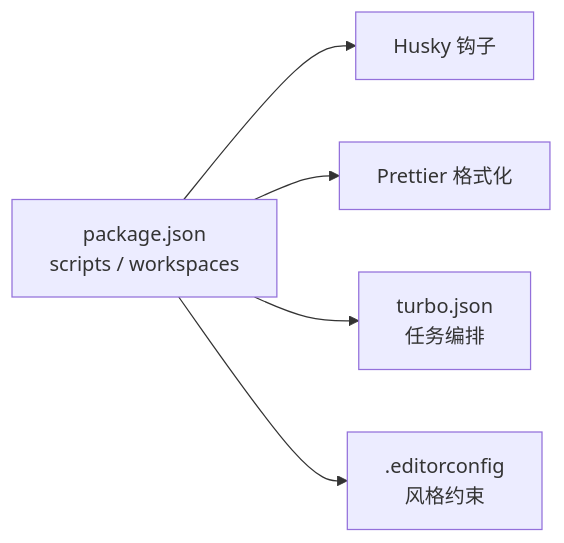
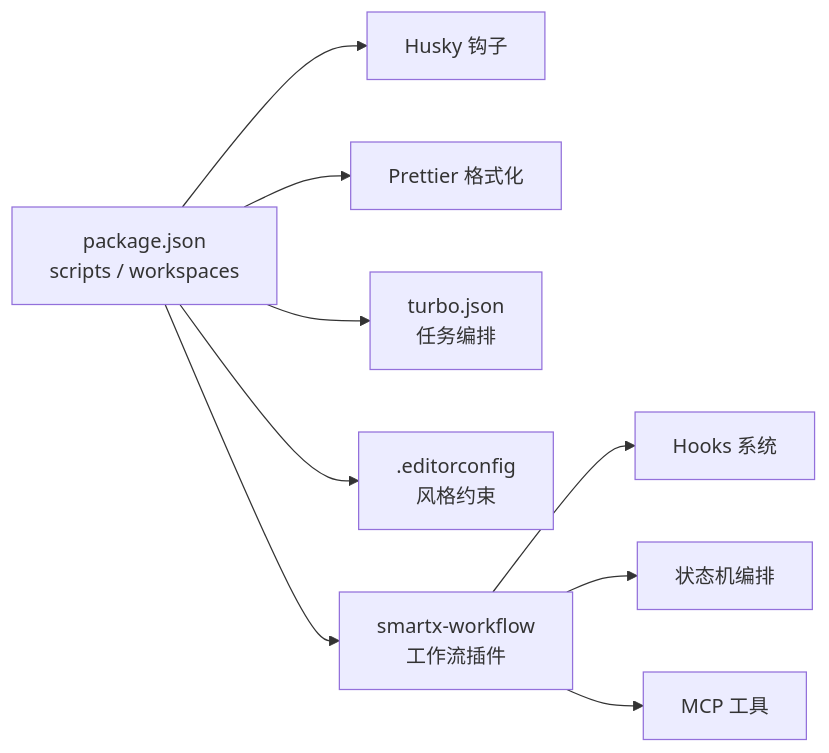
One commit to 89780012/opencode changed the third of 3 diagrams in .lingma/repowiki/zh/content/开发者指南/开发流程/开发流程.md. Above: the diagram before and after it, drawn with Mermaid. The commit also changed other lines of this file and 19 other files, not shown here.

````diff
--- a/.lingma/repowiki/zh/content/开发者指南/开发流程/开发流程.md
+++ b/.lingma/repowiki/zh/content/开发者指南/开发流程/开发流程.md
@@ -212,7 +283,11 @@
 ```mermaid
 graph LR
 Pkg["package.json<br/>scripts / workspaces"] --> Husky["Husky 钩子"]
 Pkg --> Prettier["Prettier 格式化"]
 Pkg --> Turbo["turbo.json<br/>任务编排"]
 Pkg --> Editor[".editorconfig<br/>风格约束"]
+Pkg --> SmartxWorkflow["smartx-workflow<br/>工作流插件"]
+SmartxWorkflow --> HooksSystem["Hooks 系统"]
+SmartxWorkflow --> StateMachine["状态机编排"]
+SmartxWorkflow --> MCPTools["MCP 工具"]
 ```
````
